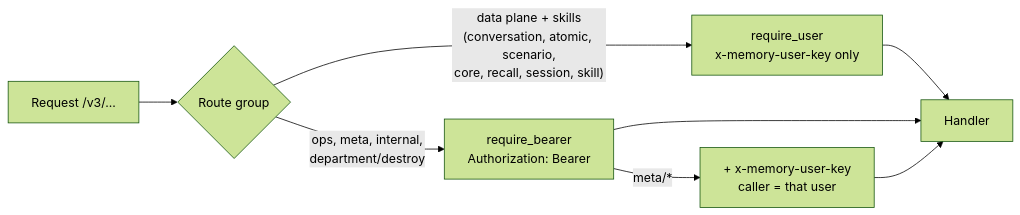
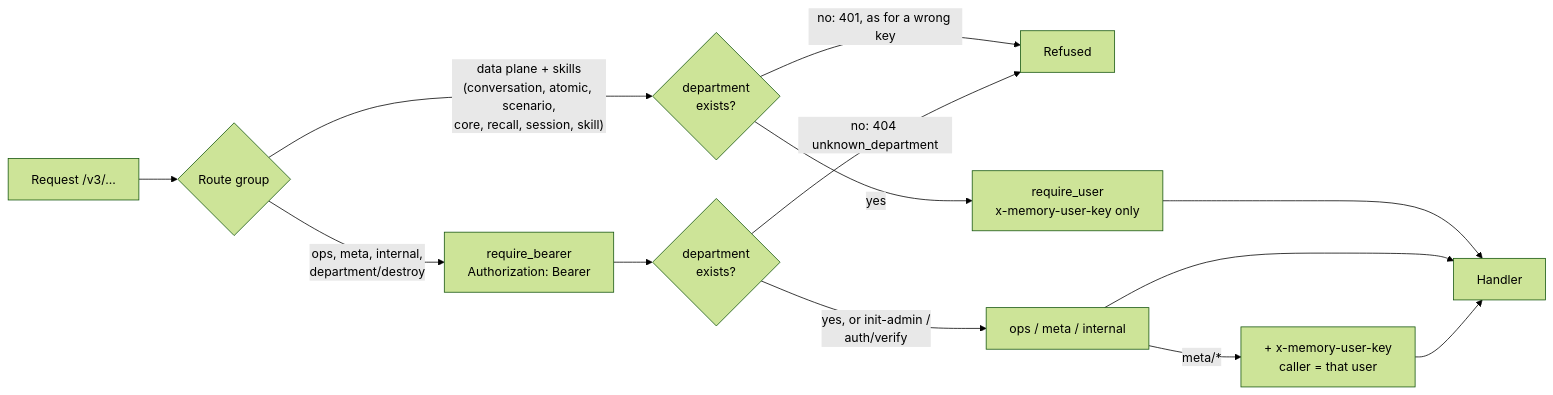
The fourth of 12 diagrams in docs/ARCHITECTURE.md (hsuanshao/AgentMemory), drawn with Mermaid (forest theme) before and after one commit. The commit also changed other lines of this file and 27 other files, not shown here.

First line of the commit message:
fix(gateway): create a department only through init-admin (#64)

````diff
--- a/docs/ARCHITECTURE.md
+++ b/docs/ARCHITECTURE.md
@@ -119,10 +119,15 @@
 ```mermaid
 flowchart LR
   R[Request /v3/...] --> Z{Route group}
-  Z -- "data plane + skills<br/>(conversation, atomic, scenario,<br/>core, recall, session, skill)" --> U["require_user<br/>x-memory-user-key only"]
+  Z -- "data plane + skills<br/>(conversation, atomic, scenario,<br/>core, recall, session, skill)" --> KU{"department<br/>exists?"}
+  KU -- "no: 401, as for a wrong key" --> X[Refused]
+  KU -- yes --> U["require_user<br/>x-memory-user-key only"]
   Z -- "ops, meta, internal,<br/>department/destroy" --> B["require_bearer<br/>Authorization: Bearer"]
-  B -- "meta/*" --> M["+ x-memory-user-key<br/>caller = that user"]
+  B --> KB{"department<br/>exists?"}
+  KB -- "no: 404 unknown_department" --> X
+  KB -- "yes, or init-admin /<br/>auth/verify" --> D["ops / meta / internal"]
+  D -- "meta/*" --> M["+ x-memory-user-key<br/>caller = that user"]
   U --> H[Handler]
-  B --> H
+  D --> H
   M --> H
 ```
````
